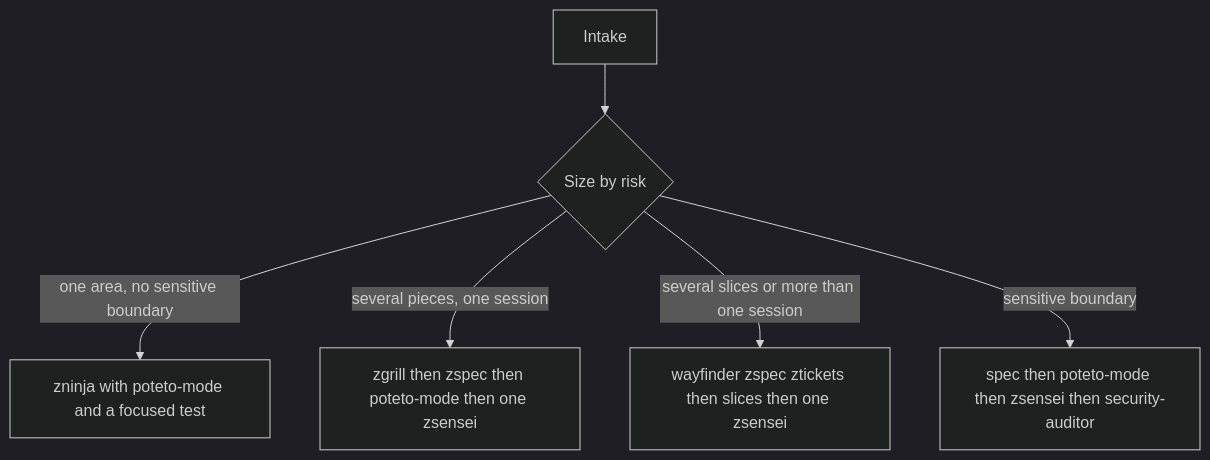
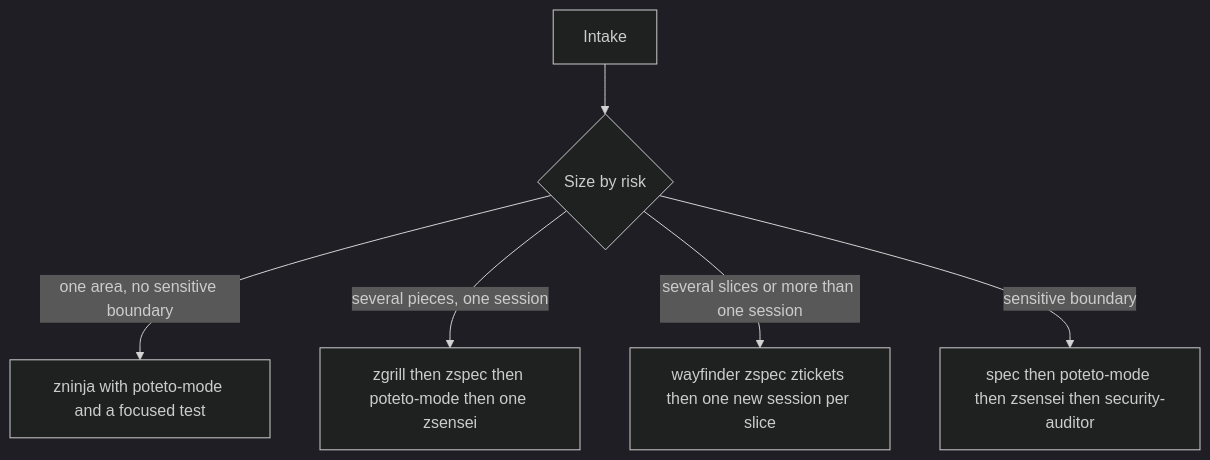
The first of 2 diagrams in docs/workflow.md (Byevenes/agent-workflow), drawn with Mermaid (dark theme) before and after one commit. The commit also changed other lines of this file and 10 other files, not shown here.

````diff
--- a/docs/workflow.md
+++ b/docs/workflow.md
@@ -11,8 +11,8 @@
 ```mermaid
 flowchart TD
   intake[Intake] --> size{Size by risk}
   size -->|one area, no sensitive boundary| smallPath[zninja with poteto-mode and a focused test]
   size -->|several pieces, one session| medPath[zgrill then zspec then poteto-mode then one zsensei]
-  size -->|several slices or more than one session| largePath[wayfinder zspec ztickets then slices then one zsensei]
+  size -->|several slices or more than one session| largePath[wayfinder zspec ztickets then one new session per slice]
   size -->|sensitive boundary| critPath[spec then poteto-mode then zsensei then security-auditor]
 ```
````
